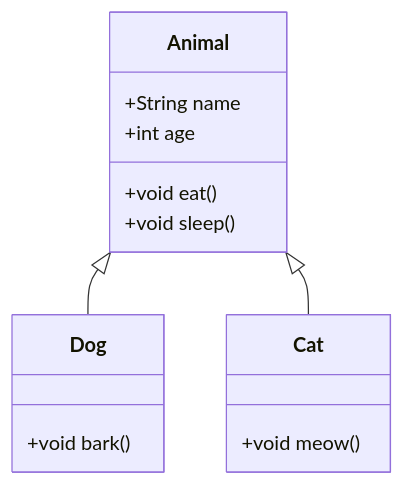
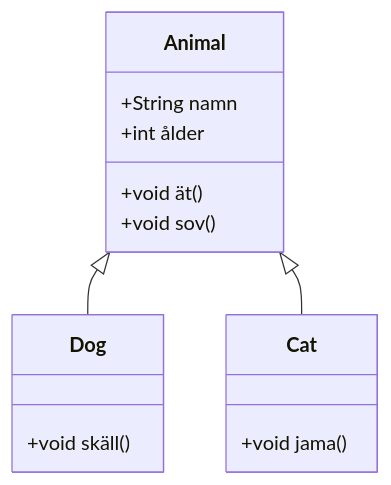
Before and after one commit to zccz14/CZON: the fourth of 7 diagrams in .czon/src/sv-SE/8938d6aac9c056c06137a041b8e82379bfb619bb6d435b9ecec515337dd0cd69.md, drawn with Mermaid. The commit also changed other lines of this file and 148 other files, not shown here.

````diff
--- a/.czon/src/sv-SE/8938d6aac9c056c06137a041b8e82379bfb619bb6d435b9ecec515337dd0cd69.md
+++ b/.czon/src/sv-SE/8938d6aac9c056c06137a041b8e82379bfb619bb6d435b9ecec515337dd0cd69.md
@@ -70,18 +69,18 @@
 ```mermaid
 classDiagram
     class Animal {
-        +String name
-        +int age
-        +void eat()
-        +void sleep()
+        +String namn
+        +int ålder
+        +void ät()
+        +void sov()
     }
     class Dog {
-        +void bark()
+        +void skäll()
     }
     class Cat {
-        +void meow()
+        +void jama()
     }
 
     Animal <|-- Dog
     Animal <|-- Cat
 ```
````
